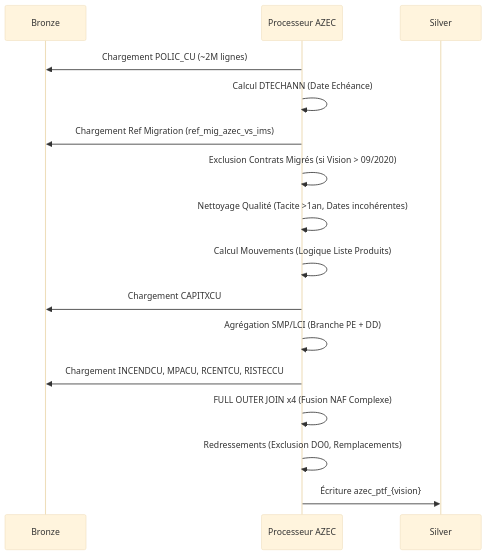
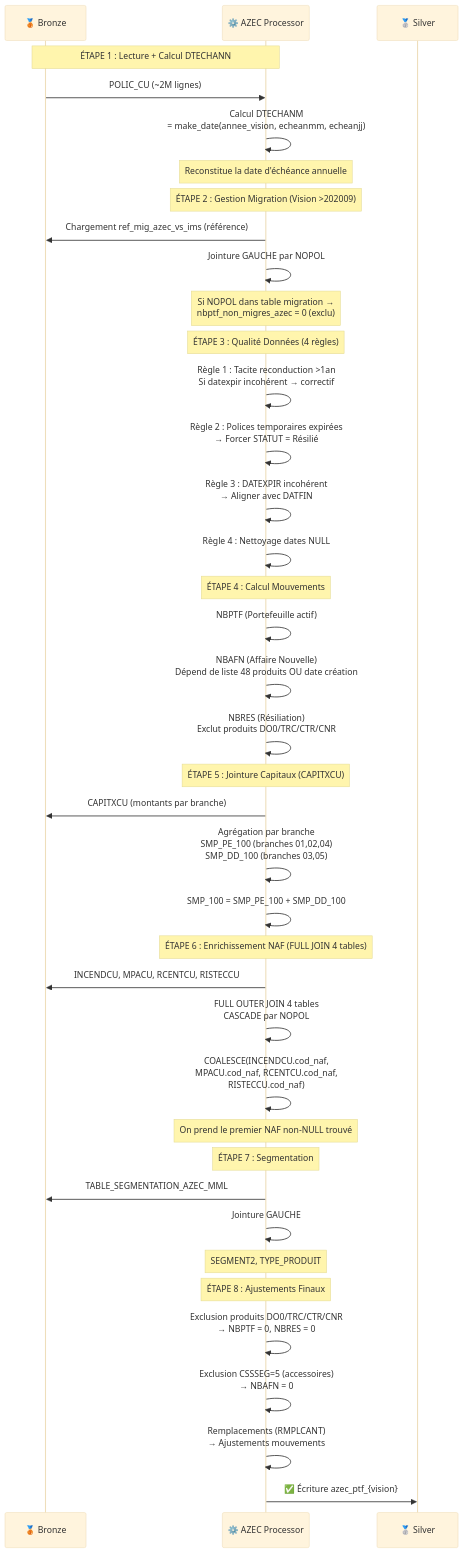
The third of 5 diagrams in code/new_python/docs/workflows/ptf_mvt_workflow.md (EngineerProjects/LocalIngest), drawn with Mermaid (base theme) before and after one commit. The commit also changed other lines of this file and 11 other files, not shown here.

````diff
--- a/code/new_python/docs/workflows/ptf_mvt_workflow.md
+++ b/code/new_python/docs/workflows/ptf_mvt_workflow.md
@@ -122,24 +183,58 @@
 ```mermaid
 sequenceDiagram
-    participant B as Bronze
-    participant AZEC as Processeur AZEC
-    participant S as Silver
+    participant B as 🥉 Bronze
+    participant AZEC as ⚙️ AZEC Processor
+    participant S as 🥈 Silver
     
-    AZEC->>B: Chargement POLIC_CU (~2M lignes)
-    AZEC->>AZEC: Calcul DTECHANN (Date Echéance)
+    Note over B,AZEC: ÉTAPE 1 : Lecture + Calcul DTECHANN
     
-    AZEC->>B: Chargement Ref Migration (ref_mig_azec_vs_ims)
-    AZEC->>AZEC: Exclusion Contrats Migrés (si Vision > 09/2020)
+    B->>AZEC: POLIC_CU (~2M lignes)
+    AZEC->>AZEC: Calcul DTECHANM<br/>= make_date(annee_vision, echeanmm, echeanjj)
+    Note over AZEC: Reconstitue la date d'échéance annuelle
     
-    AZEC->>AZEC: Nettoyage Qualité (Tacite >1an, Dates incohérentes)
-    AZEC->>AZEC: Calcul Mouvements (Logique Liste Produits)
+    Note over AZEC: ÉTAPE 2 : Gestion Migration (Vision >202009)
     
-    AZEC->>B: Chargement CAPITXCU
-    AZEC->>AZEC: Agrégation SMP/LCI (Branche PE + DD)
+    AZEC->>B: Chargement ref_mig_azec_vs_ims (référence)
+    AZEC->>AZEC: Jointure GAUCHE par NOPOL
+    Note over AZEC: Si NOPOL dans table migration →<br/>nbptf_non_migres_azec = 0 (exclu)
     
-    AZEC->>B: Chargement INCENDCU, MPACU, RCENTCU, RISTECCU
-    AZEC->>AZEC: FULL OUTER JOIN x4 (Fusion NAF Complexe)
+    Note over AZEC: ÉTAPE 3 : Qualité Données (4 règles)
     
-    AZEC->>AZEC: Redressements (Exclusion DO0, Remplacements)
-    AZEC->>S: Écriture azec_ptf_{vision}
+    AZEC->>AZEC: Règle 1 : Tacite reconduction >1an<br/>Si datexpir incohérent → correctif
+    AZEC->>AZEC: Règle 2 : Polices temporaires expirées<br/>→ Forcer STATUT = Résilié
+    AZEC->>AZEC: Règle 3 : DATEXPIR incohérent<br/>→ Aligner avec DATFIN
+    AZEC->>AZEC: Règle 4 : Nettoyage dates NULL
+    
+    Note over AZEC: ÉTAPE 4 : Calcul Mouvements
+    
+    AZEC->>AZEC: NBPTF (Portefeuille actif)
+    AZEC->>AZEC: NBAFN (Affaire Nouvelle)<br/>Dépend de liste 48 produits OU date création
+    AZEC->>AZEC: NBRES (Résiliation)<br/>Exclut produits DO0/TRC/CTR/CNR
+    
+    Note over AZEC: ÉTAPE 5 : Jointure Capitaux (CAPITXCU)
+    
+    AZEC->>B: CAPITXCU (montants par branche)
+    AZEC->>AZEC: Agrégation par branche<br/>SMP_PE_100 (branches 01,02,04)<br/>SMP_DD_100 (branches 03,05)
+    AZEC->>AZEC: SMP_100 = SMP_PE_100 + SMP_DD_100
+    
+    Note over AZEC: ÉTAPE 6 : Enrichissement NAF (FULL JOIN 4 tables)
+    
+    AZEC->>B: INCENDCU, MPACU, RCENTCU, RISTECCU
+    AZEC->>AZEC: FULL OUTER JOIN 4 tables<br/>CASCADE par NOPOL
+    AZEC->>AZEC: COALESCE(INCENDCU.cod_naf,<br/>MPACU.cod_naf, RCENTCU.cod_naf,<br/>RISTECCU.cod_naf)
+    Note over AZEC: On prend le premier NAF non-NULL trouvé
+    
+    Note over AZEC: ÉTAPE 7 : Segmentation
+    
+    AZEC->>B: TABLE_SEGMENTATION_AZEC_MML
+    AZEC->>AZEC: Jointure GAUCHE
+    Note over AZEC: SEGMENT2, TYPE_PRODUIT
+    
+    Note over AZEC: ÉTAPE 8 : Ajustements Finaux
+    
+    AZEC->>AZEC: Exclusion produits DO0/TRC/CTR/CNR<br/>→ NBPTF = 0, NBRES = 0
+    AZEC->>AZEC: Exclusion CSSSEG=5 (accessoires)<br/>→ NBAFN = 0
+    AZEC->>AZEC: Remplacements (RMPLCANT)<br/>→ Ajustements mouvements
+    
+    AZEC->>S: ✅ Écriture azec_ptf_{vision}
 ```
````
